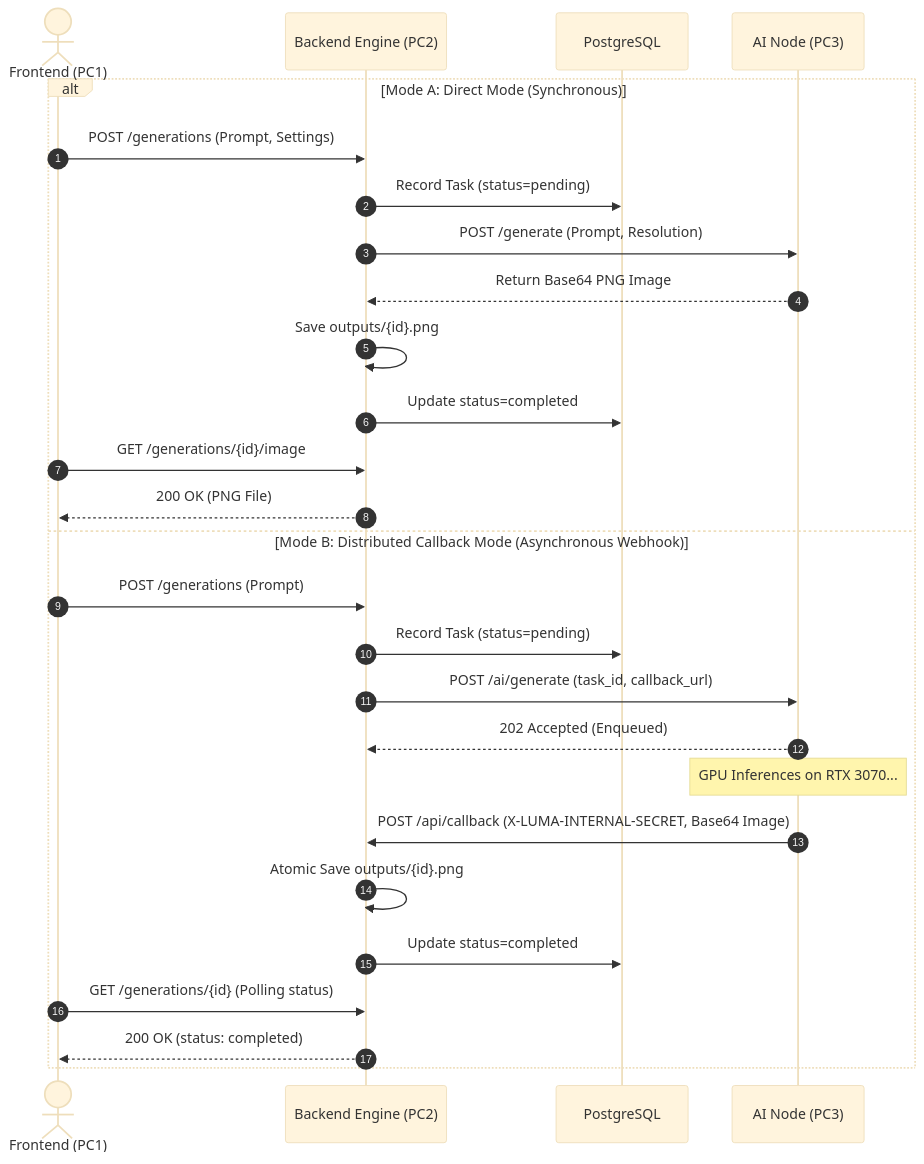
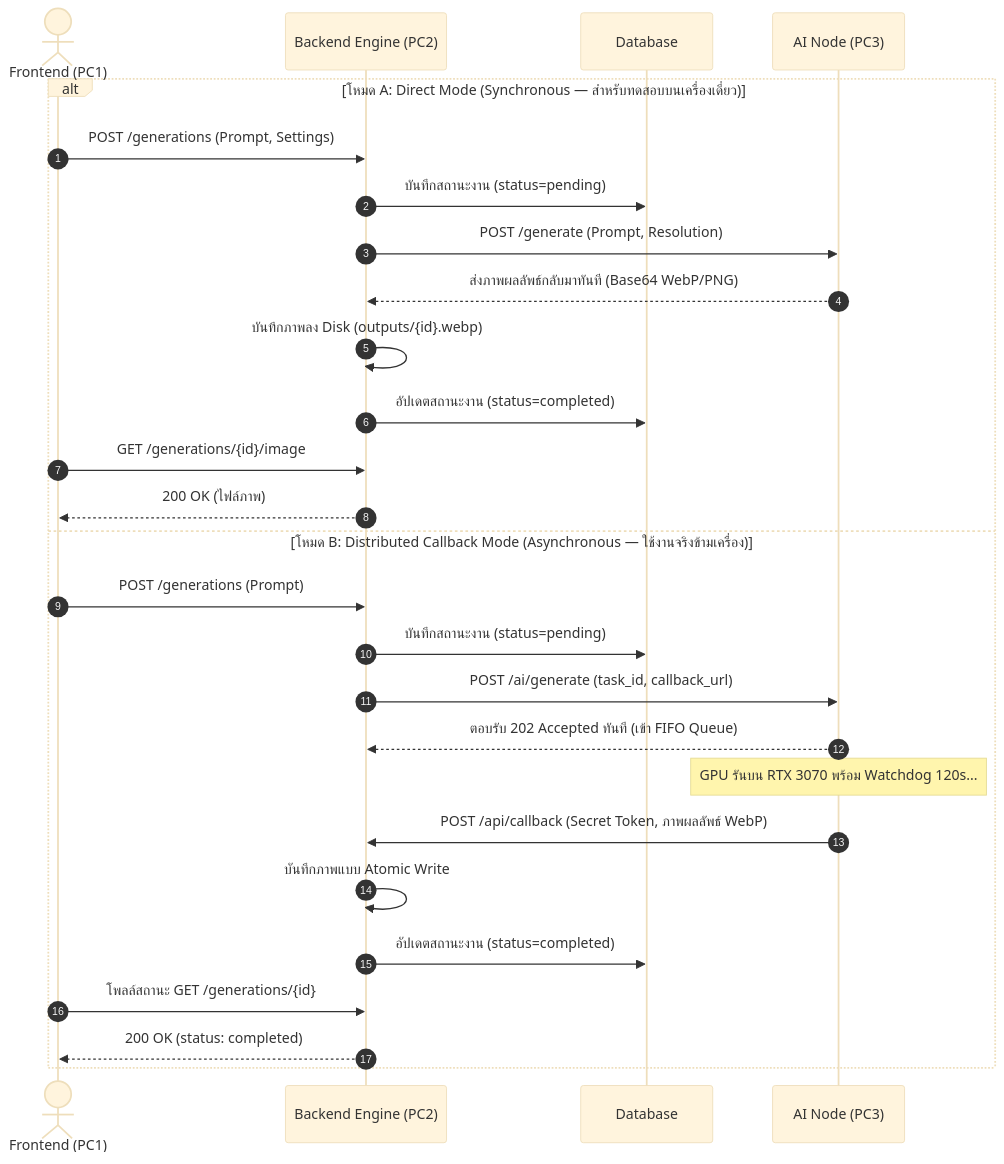
Before and after one commit to Pongkarm/Project_Luma_PKW: the second of 3 diagrams in README.md, drawn with Mermaid (base theme). The commit also changed other lines of this file and 1 other file, not shown here.

Commit message:
docs: update root and ai-server READMEs with model compatibility matrix, 3-node architecture, and updated data contracts

````diff
--- a/README.md
+++ b/README.md
@@ -53,30 +53,30 @@
 ```mermaid
 sequenceDiagram
     autonumber
     actor Client as Frontend (PC1)
     participant Backend as Backend Engine (PC2)
-    participant DB as PostgreSQL
+    participant DB as Database
     participant AI as AI Node (PC3)
 
-    alt Mode A: Direct Mode (Synchronous)
+    alt โหมด A: Direct Mode (Synchronous — สำหรับทดสอบบนเครื่องเดี่ยว)
         Client->>Backend: POST /generations (Prompt, Settings)
-        Backend->>DB: Record Task (status=pending)
+        Backend->>DB: บันทึกสถานะงาน (status=pending)
         Backend->>AI: POST /generate (Prompt, Resolution)
-        AI-->>Backend: Return Base64 PNG Image
-        Backend->>Backend: Save outputs/{id}.png
-        Backend->>DB: Update status=completed
+        AI-->>Backend: ส่งภาพผลลัพธ์กลับมาทันที (Base64 WebP/PNG)
+        Backend->>Backend: บันทึกภาพลง Disk (outputs/{id}.webp)
+        Backend->>DB: อัปเดตสถานะงาน (status=completed)
         Client->>Backend: GET /generations/{id}/image
-        Backend-->>Client: 200 OK (PNG File)
-    else Mode B: Distributed Callback Mode (Asynchronous Webhook)
+        Backend-->>Client: 200 OK (ไฟล์ภาพ)
+    else โหมด B: Distributed Callback Mode (Asynchronous — ใช้งานจริงข้ามเครื่อง)
         Client->>Backend: POST /generations (Prompt)
-        Backend->>DB: Record Task (status=pending)
+        Backend->>DB: บันทึกสถานะงาน (status=pending)
         Backend->>AI: POST /ai/generate (task_id, callback_url)
-        AI-->>Backend: 202 Accepted (Enqueued)
-        Note over AI: GPU Inferences on RTX 3070...
-        AI->>Backend: POST /api/callback (X-LUMA-INTERNAL-SECRET, Base64 Image)
-        Backend->>Backend: Atomic Save outputs/{id}.png
-        Backend->>DB: Update status=completed
-        Client->>Backend: GET /generations/{id} (Polling status)
+        AI-->>Backend: ตอบรับ 202 Accepted ทันที (เข้า FIFO Queue)
+        Note over AI: GPU รันบน RTX 3070 พร้อม Watchdog 120s...
+        AI->>Backend: POST /api/callback (Secret Token, ภาพผลลัพธ์ WebP)
+        Backend->>Backend: บันทึกภาพแบบ Atomic Write
+        Backend->>DB: อัปเดตสถานะงาน (status=completed)
+        Client->>Backend: โพลล์สถานะ GET /generations/{id}
         Backend-->>Client: 200 OK (status: completed)
     end
 ```
````
